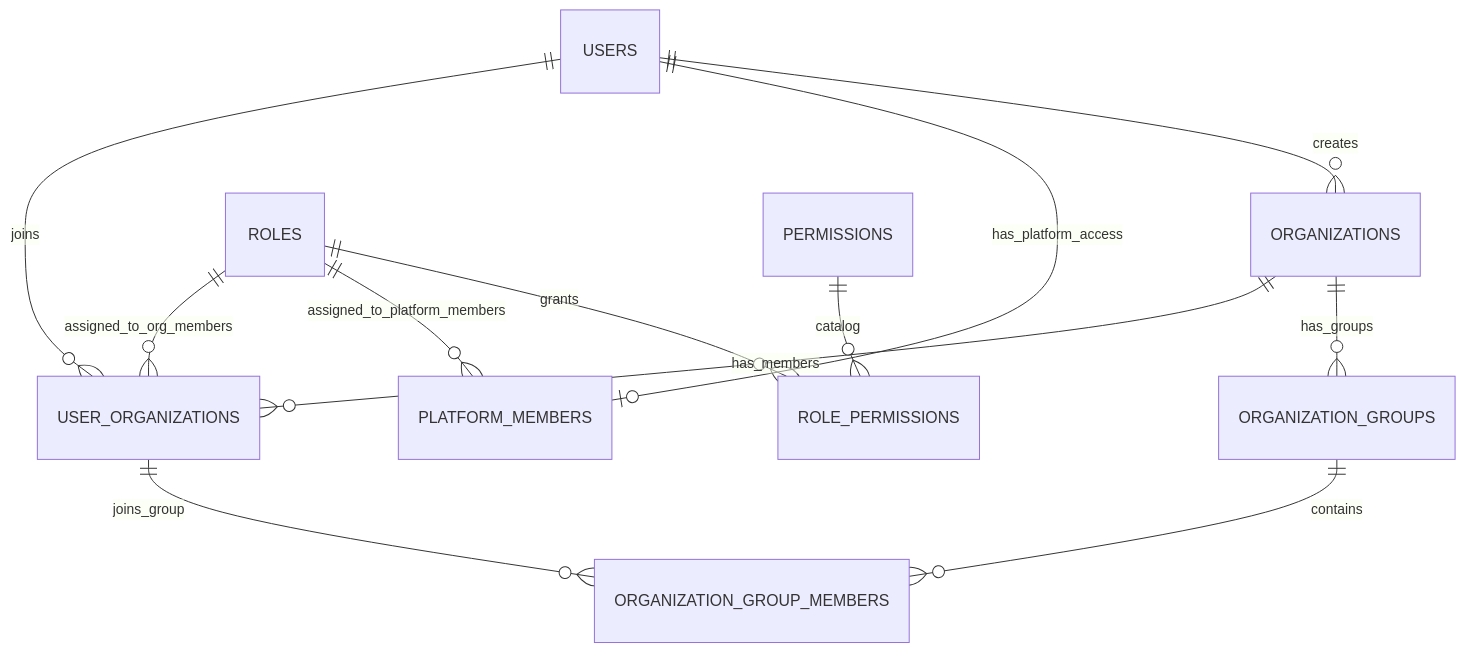
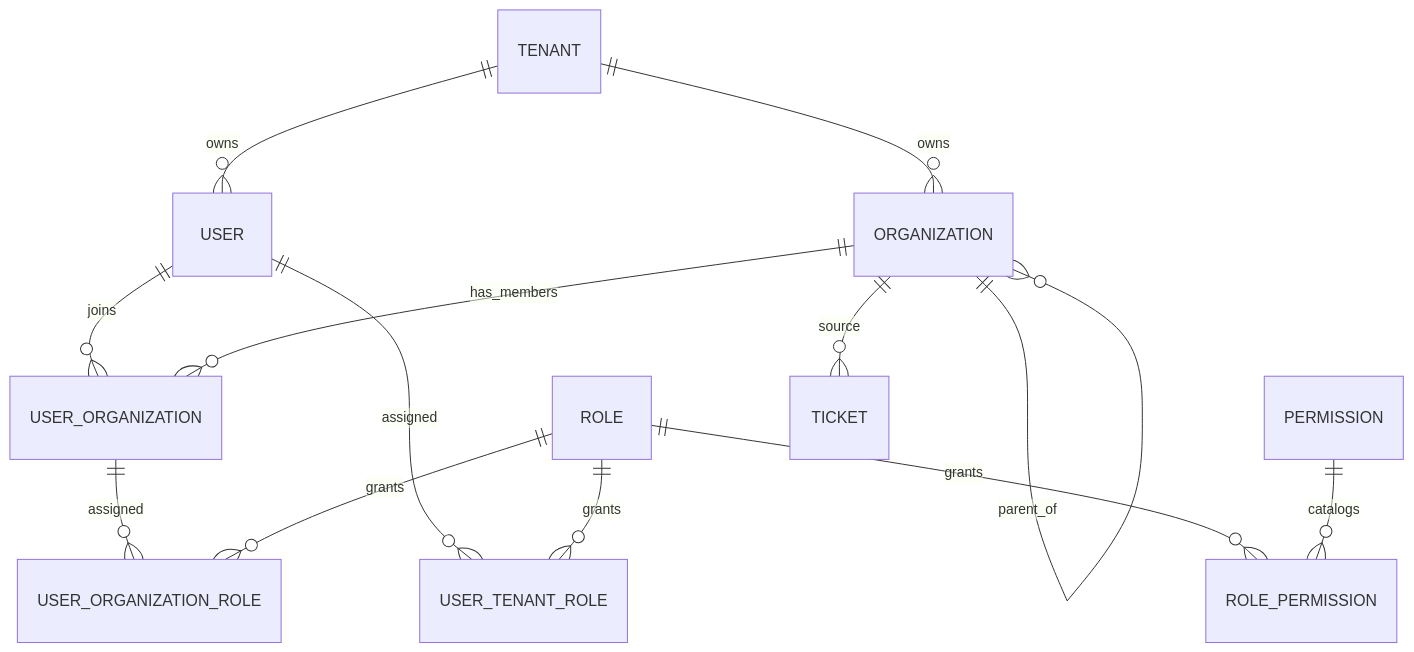
Before and after one commit to AyalaKaguya/hermes-swarm: the second of 2 diagrams in docs/current-module-reference-graph.md, drawn with Mermaid. The commit also changed other lines of this file and 301 other files, not shown here.

````diff
--- a/docs/current-module-reference-graph.md
+++ b/docs/current-module-reference-graph.md
@@ -131,14 +31,15 @@
 ```mermaid
 erDiagram
-  USERS ||--o{ USER_ORGANIZATIONS : joins
-  ORGANIZATIONS ||--o{ USER_ORGANIZATIONS : has_members
-  ROLES ||--o{ USER_ORGANIZATIONS : assigned_to_org_members
-  USERS ||--o| PLATFORM_MEMBERS : has_platform_access
-  ROLES ||--o{ PLATFORM_MEMBERS : assigned_to_platform_members
-  ROLES ||--o{ ROLE_PERMISSIONS : grants
-  PERMISSIONS ||--o{ ROLE_PERMISSIONS : catalog
-  USERS ||--o{ ORGANIZATIONS : creates
-  ORGANIZATIONS ||--o{ ORGANIZATION_GROUPS : has_groups
-  ORGANIZATION_GROUPS ||--o{ ORGANIZATION_GROUP_MEMBERS : contains
-  USER_ORGANIZATIONS ||--o{ ORGANIZATION_GROUP_MEMBERS : joins_group
+  TENANT ||--o{ USER : owns
+  TENANT ||--o{ ORGANIZATION : owns
+  ORGANIZATION ||--o{ ORGANIZATION : parent_of
+  USER ||--o{ USER_ORGANIZATION : joins
+  ORGANIZATION ||--o{ USER_ORGANIZATION : has_members
+  USER ||--o{ USER_TENANT_ROLE : assigned
+  ROLE ||--o{ USER_TENANT_ROLE : grants
+  USER_ORGANIZATION ||--o{ USER_ORGANIZATION_ROLE : assigned
+  ROLE ||--o{ USER_ORGANIZATION_ROLE : grants
+  ROLE ||--o{ ROLE_PERMISSION : grants
+  PERMISSION ||--o{ ROLE_PERMISSION : catalogs
+  ORGANIZATION ||--o{ TICKET : source
 ```
````
